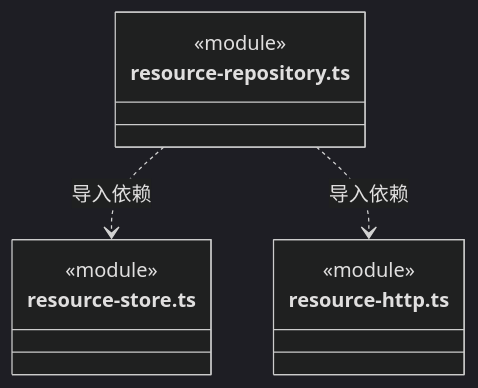
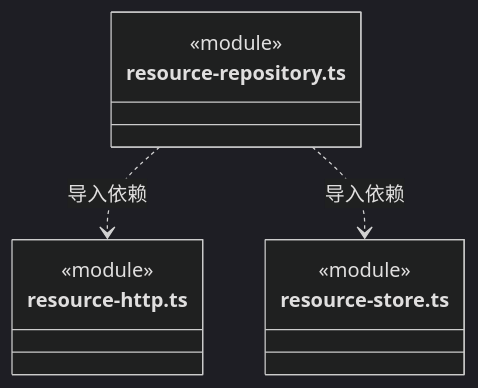
The eighth of 8 diagrams in src/logic/resources/service/ARCHITECTURE.md (nan023062/cbim), drawn with Mermaid (dark theme) before and after one commit. The commit also changed other lines of this file and 112 other files, not shown here.

Commit message:
docs: align source architecture with current declarations and contracts

````diff
--- a/src/logic/resources/service/ARCHITECTURE.md
+++ b/src/logic/resources/service/ARCHITECTURE.md
@@ -245,14 +246,14 @@
 ```mermaid
 classDiagram
 class N_src_logic_resources_service_resource_repository_ts["resource-repository.ts"] {
   <<module>>
 }
+class N_src_logic_resources_service_resource_http_ts["resource-http.ts"] {
+  <<module>>
+}
 class N_src_logic_resources_service_resource_store_ts["resource-store.ts"] {
   <<module>>
 }
-class N_src_logic_resources_service_resource_http_ts["resource-http.ts"] {
-  <<module>>
-}
+N_src_logic_resources_service_resource_repository_ts ..> N_src_logic_resources_service_resource_http_ts : 导入依赖
 N_src_logic_resources_service_resource_repository_ts ..> N_src_logic_resources_service_resource_store_ts : 导入依赖
-N_src_logic_resources_service_resource_repository_ts ..> N_src_logic_resources_service_resource_http_ts : 导入依赖
 ```
````
